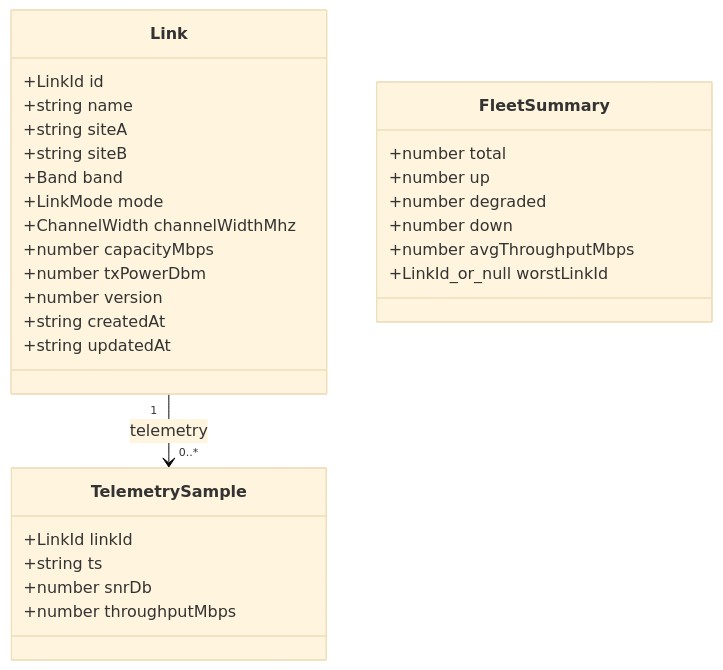
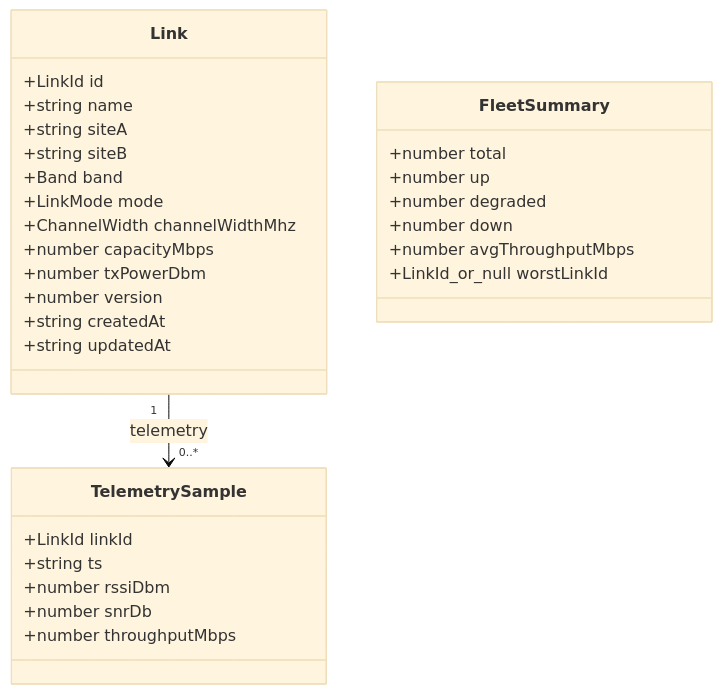
Before and after one commit to tcsr/linkops-console: the first of 3 diagrams in docs/architecture/system-overview.md, drawn with Mermaid (base theme). The commit also changed other lines of this file and 2 other files, not shown here.

Commit message:
docs: document telemetry simulation architecture

````diff
--- a/docs/architecture/system-overview.md
+++ b/docs/architecture/system-overview.md
@@ -29,32 +29,33 @@
 ```mermaid
 classDiagram
   class Link {
     +LinkId id
     +string name
     +string siteA
     +string siteB
     +Band band
     +LinkMode mode
     +ChannelWidth channelWidthMhz
     +number capacityMbps
     +number txPowerDbm
     +number version
     +string createdAt
     +string updatedAt
   }
   class TelemetrySample {
     +LinkId linkId
     +string ts
+    +number rssiDbm
     +number snrDb
     +number throughputMbps
   }
   class FleetSummary {
     +number total
     +number up
     +number degraded
     +number down
     +number avgThroughputMbps
     +LinkId_or_null worstLinkId
   }
   Link "1" --> "0..*" TelemetrySample : telemetry
 ```
````
